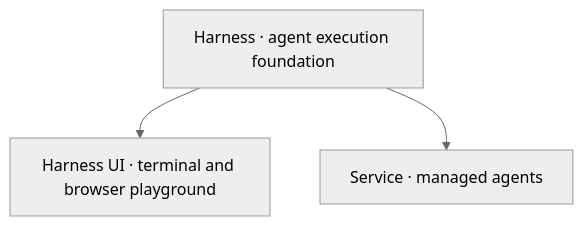
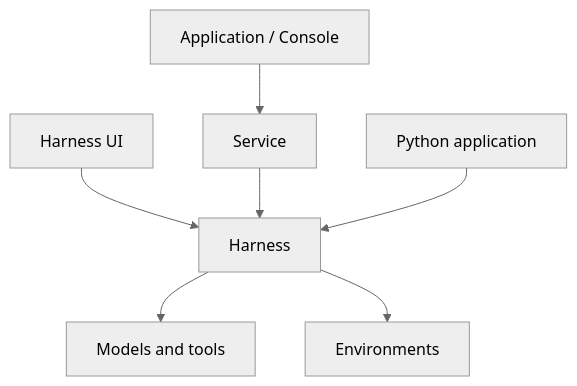
The diagram in docs/index.md (LTThreeComma/agent-foundation), drawn with Mermaid (neutral theme) before and after one commit. The commit also changed other lines of this file and 53 other files, not shown here.

````diff
--- a/docs/index.md
+++ b/docs/index.md
@@ -7,6 +24,9 @@
 ```mermaid
 flowchart TB
-    Harness["Harness · agent execution foundation"]
-    Harness --> UI["Harness UI · terminal and browser playground"]
-    Harness --> Service["Service · managed agents"]
+    Clients["Application / Console"] --> Service["Service"]
+    UI["Harness UI"] --> Harness["Harness"]
+    Service --> Harness
+    App["Python application"] --> Harness
+    Harness --> Models["Models and tools"]
+    Harness --> Environments["Environments"]
 ```
````
